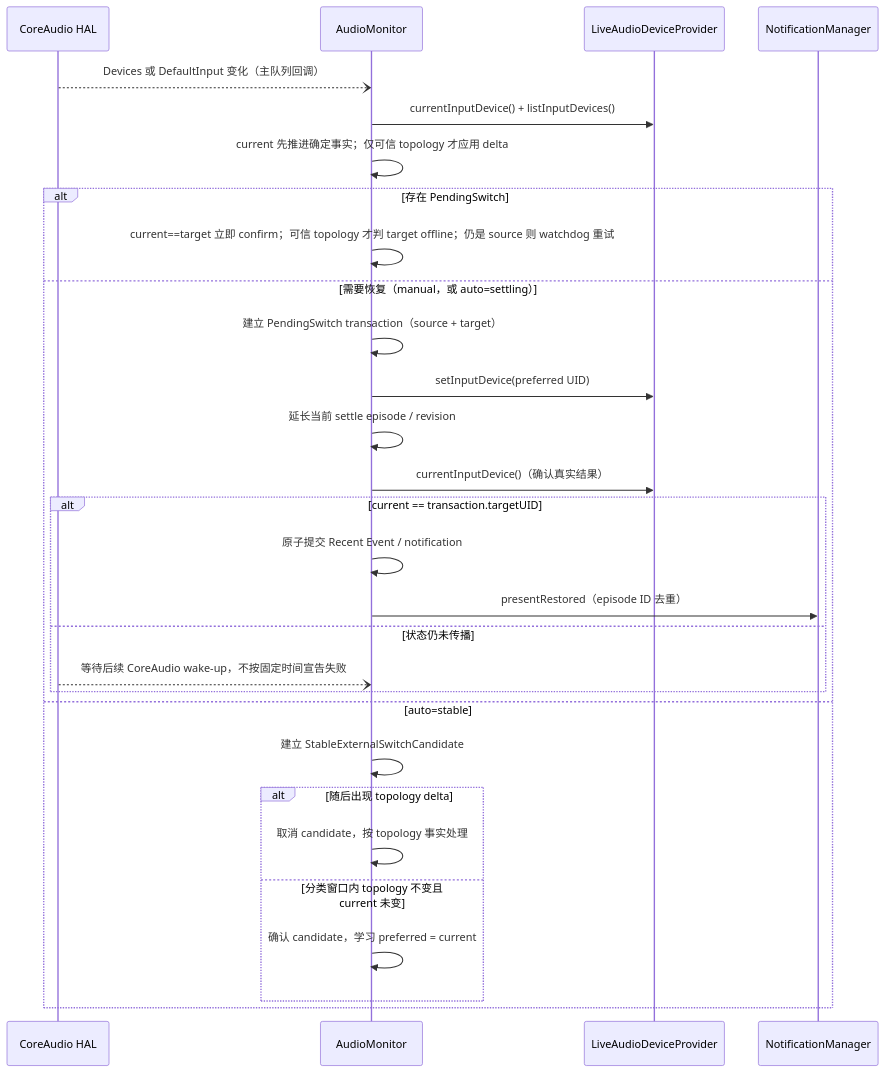
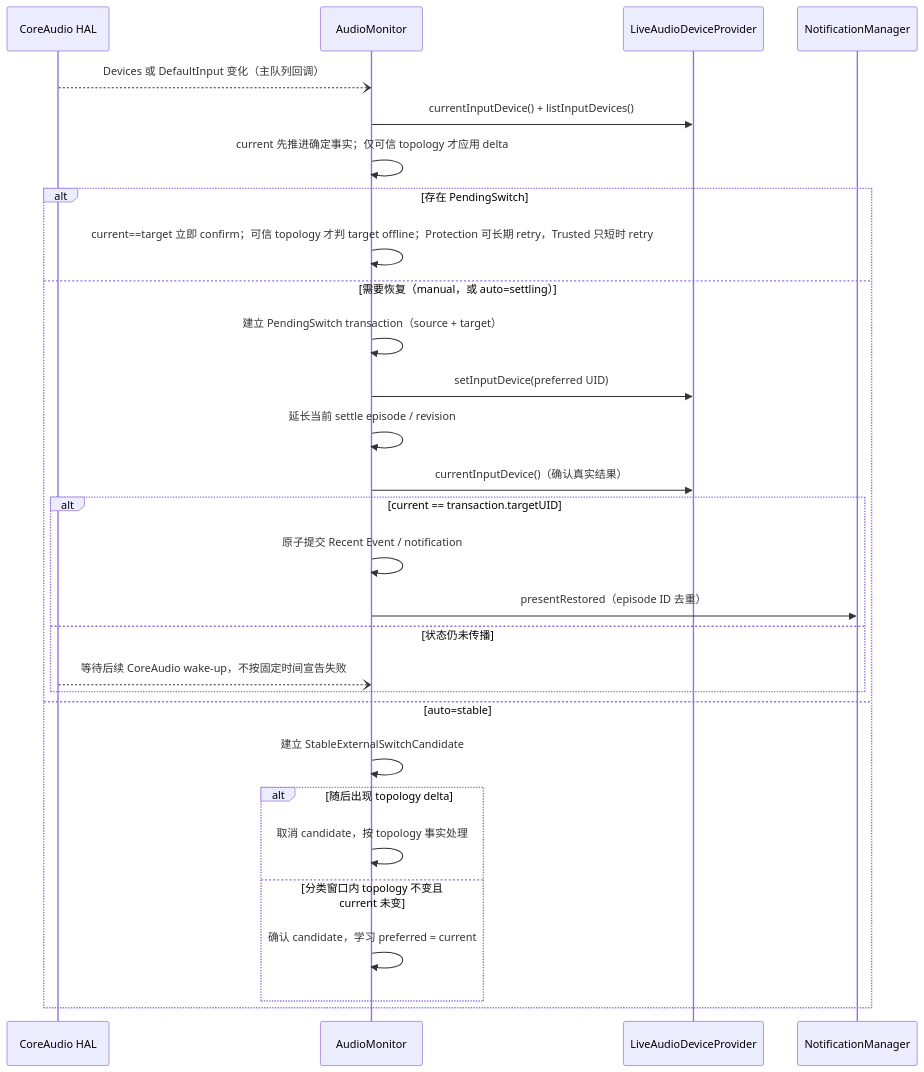
The second of 2 diagrams in docs/architecture.md (Forgo7ten/MicLock), drawn with Mermaid before and after one commit. The commit also changed other lines of this file and 3 other files, not shown here.

````diff
--- a/docs/architecture.md
+++ b/docs/architecture.md
@@ -97,32 +97,32 @@
 ```mermaid
 sequenceDiagram
     participant HAL as CoreAudio HAL
     participant AM as AudioMonitor
     participant P as LiveAudioDeviceProvider
     participant N as NotificationManager
 
     HAL--)AM: Devices 或 DefaultInput 变化（主队列回调）
     AM->>P: currentInputDevice() + listInputDevices()
     AM->>AM: current 先推进确定事实；仅可信 topology 才应用 delta
     alt 存在 PendingSwitch
-        AM->>AM: current==target 立即 confirm；可信 topology 才判 target offline；仍是 source 则 watchdog 重试
+        AM->>AM: current==target 立即 confirm；可信 topology 才判 target offline；Protection 可长期 retry，Trusted 只短时 retry
     else 需要恢复（manual，或 auto=settling）
         AM->>AM: 建立 PendingSwitch transaction（source + target）
         AM->>P: setInputDevice(preferred UID)
         AM->>AM: 延长当前 settle episode / revision
         AM->>P: currentInputDevice()（确认真实结果）
         alt current == transaction.targetUID
             AM->>AM: 原子提交 Recent Event / notification
             AM->>N: presentRestored（episode ID 去重）
         else 状态仍未传播
             HAL--)AM: 等待后续 CoreAudio wake-up，不按固定时间宣告失败
         end
     else auto=stable
         AM->>AM: 建立 StableExternalSwitchCandidate
         alt 随后出现 topology delta
             AM->>AM: 取消 candidate，按 topology 事实处理
         else 分类窗口内 topology 不变且 current 未变
             AM->>AM: 确认 candidate，学习 preferred = current
         end
     end
 ```
````
